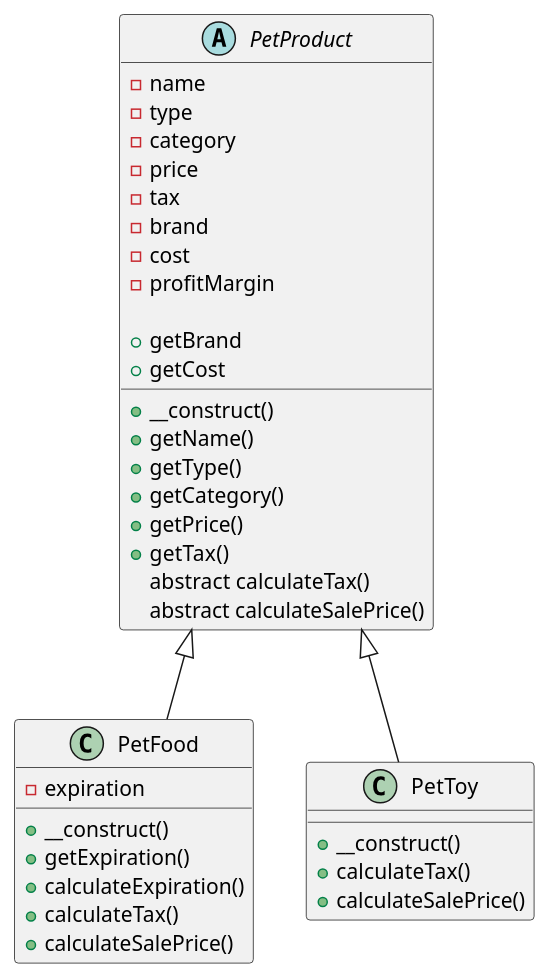
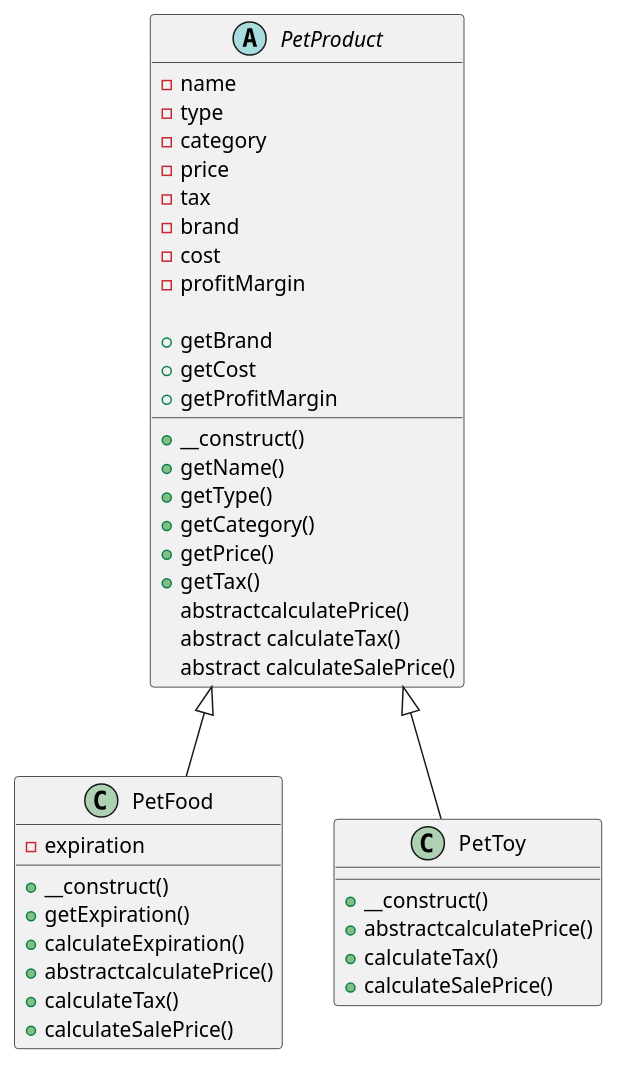
One commit to aysegulaksu/block3-adv-web changed the diagram in project-1/tables.puml. Above: the diagram before and after it, drawn with PlantUML.

```diff
--- a/project-1/tables.puml
+++ b/project-1/tables.puml
@@ -1,42 +1,46 @@
 @startuml
 
 abstract class PetProduct {
   - name
   - type
   - category
   - price
   - tax
   -brand
   -cost
   -profitMargin
 
   + __construct()
   + getName()
   + getType()
   + getCategory()
   + getPrice()
   + getTax()
   +getBrand
   +getCost
+  +getProfitMargin
+  abstractcalculatePrice()
   abstract calculateTax()
   abstract calculateSalePrice()
 }
 
 class PetFood extends PetProduct {
   - expiration
 
   + __construct()
   + getExpiration()
   + calculateExpiration()
+  +abstractcalculatePrice()
   + calculateTax()
   + calculateSalePrice()
 }
 
 class PetToy extends PetProduct {
 
   + __construct()
+  +abstractcalculatePrice()
   + calculateTax()
   + calculateSalePrice()
 }
 
 @enduml
```
